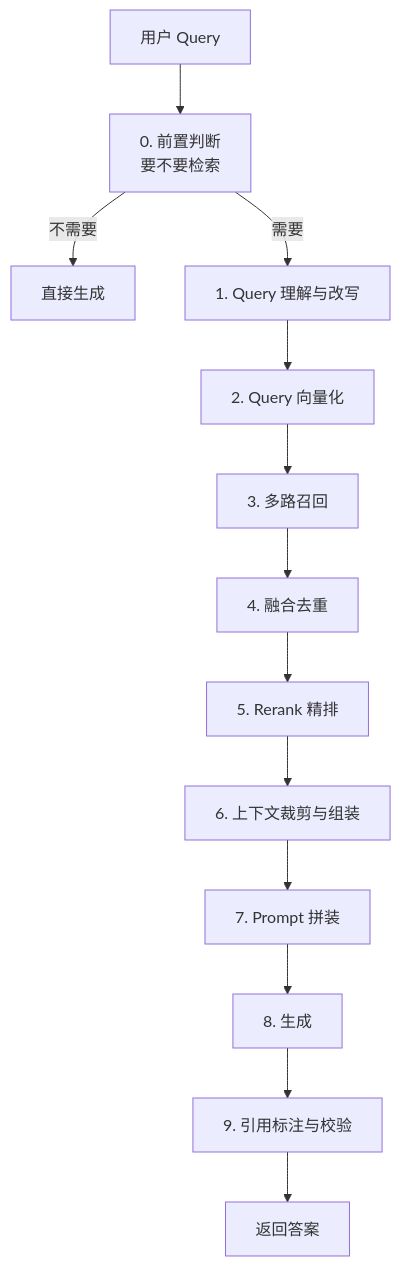
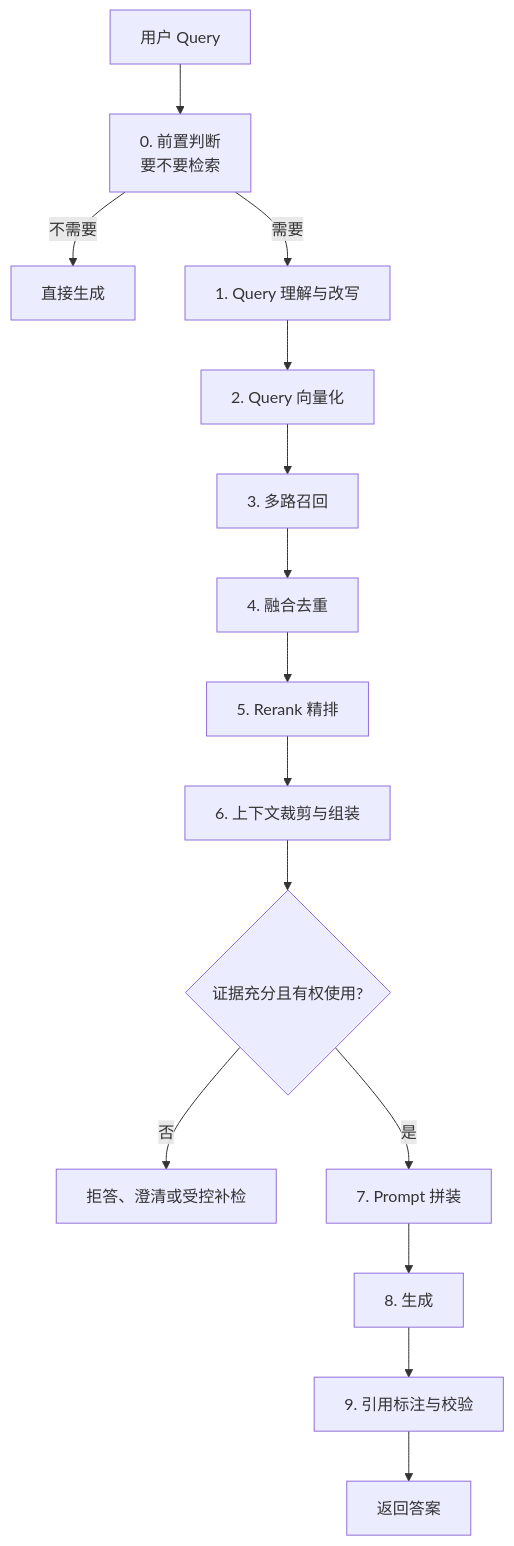
The diagram in docs/rag/03-retrieval/10-online-pipeline.md (oneleaveknowsthefall/awesome-ai-roadmap), drawn with Mermaid before and after one commit. The commit also changed other lines of this file and 24 other files, not shown here.

````diff
--- a/docs/rag/03-retrieval/10-online-pipeline.md
+++ b/docs/rag/03-retrieval/10-online-pipeline.md
@@ -21,15 +21,17 @@
 ```mermaid
 flowchart TB
     Q[用户 Query] --> S0[0. 前置判断<br/>要不要检索]
     S0 -->|不需要| DIRECT[直接生成]
     S0 -->|需要| S1[1. Query 理解与改写]
     S1 --> S2[2. Query 向量化]
     S2 --> S3[3. 多路召回]
     S3 --> S4[4. 融合去重]
     S4 --> S5[5. Rerank 精排]
     S5 --> S6[6. 上下文裁剪与组装]
-    S6 --> S7[7. Prompt 拼装]
+    S6 --> GATE{证据充分且有权使用?}
+    GATE -->|否| STOP[拒答、澄清或受控补检]
+    GATE -->|是| S7[7. Prompt 拼装]
     S7 --> S8[8. 生成]
     S8 --> S9[9. 引用标注与校验]
     S9 --> OUT[返回答案]
 ```
````
